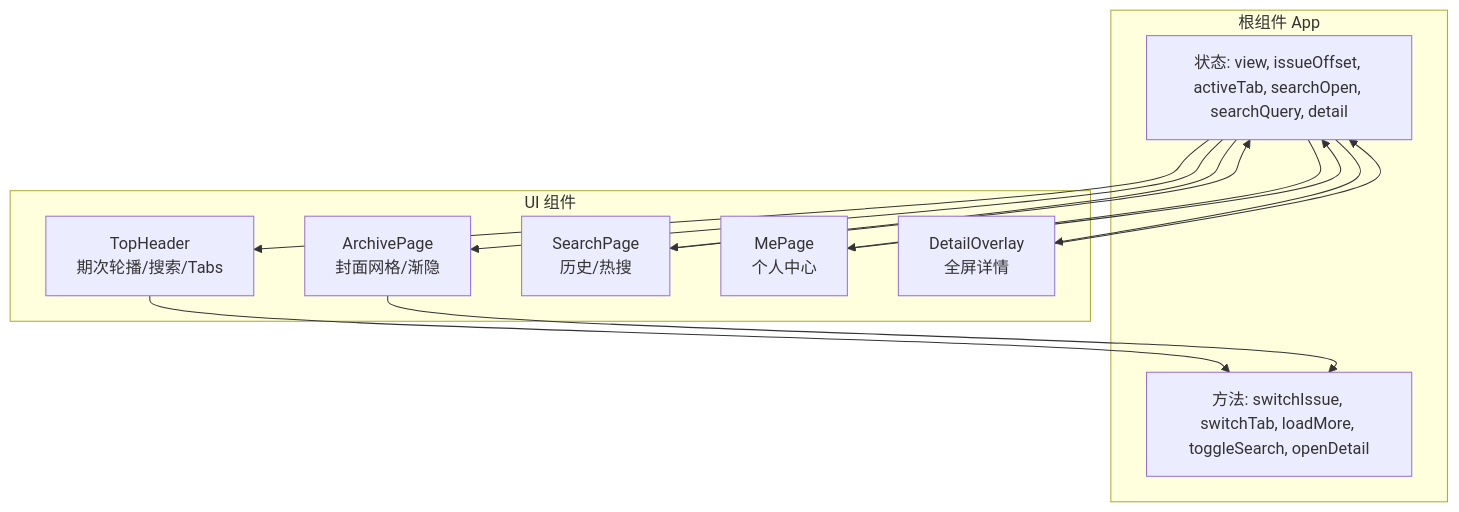
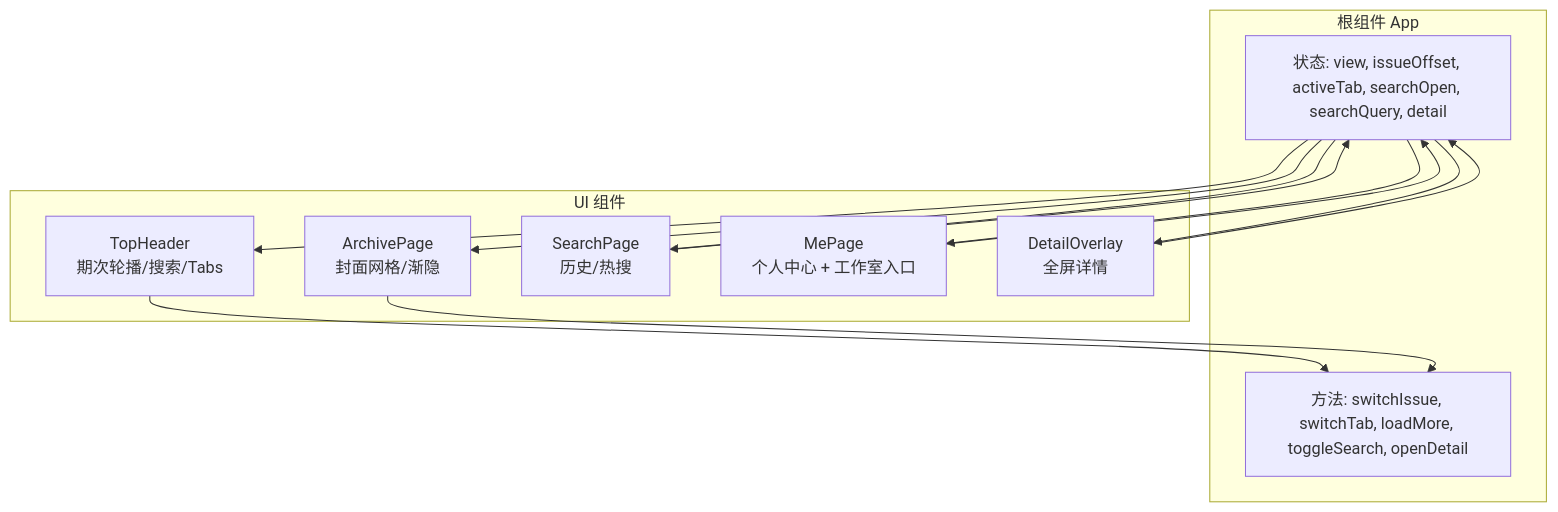
The second of 6 diagrams in .qoder/repowiki/zh/content/导航和头部系统/导航和头部系统.md (billye220670/newSquare), drawn with Mermaid before and after one commit. The commit also changed other lines of this file and 7 other files, not shown here.

````diff
--- a/.qoder/repowiki/zh/content/导航和头部系统/导航和头部系统.md
+++ b/.qoder/repowiki/zh/content/导航和头部系统/导航和头部系统.md
@@ -75,24 +86,24 @@
 ```mermaid
 graph TB
 subgraph "根组件 App"
 S1["状态: view, issueOffset, activeTab, searchOpen, searchQuery, detail"]
 S2["方法: switchIssue, switchTab, loadMore, toggleSearch, openDetail"]
 end
 subgraph "UI 组件"
 H["TopHeader<br/>期次轮播/搜索/Tabs"]
 A["ArchivePage<br/>封面网格/渐隐"]
 SP["SearchPage<br/>历史/热搜"]
-MP["MePage<br/>个人中心"]
+MP["MePage<br/>个人中心 + 工作室入口"]
 DO["DetailOverlay<br/>全屏详情"]
 end
 S1 --> H
 S1 --> SP
 S1 --> MP
 S1 --> DO
 S1 --> A
 H --> S2
 SP --> S1
 MP --> S1
 DO --> S1
 A --> S2
 ```
````
